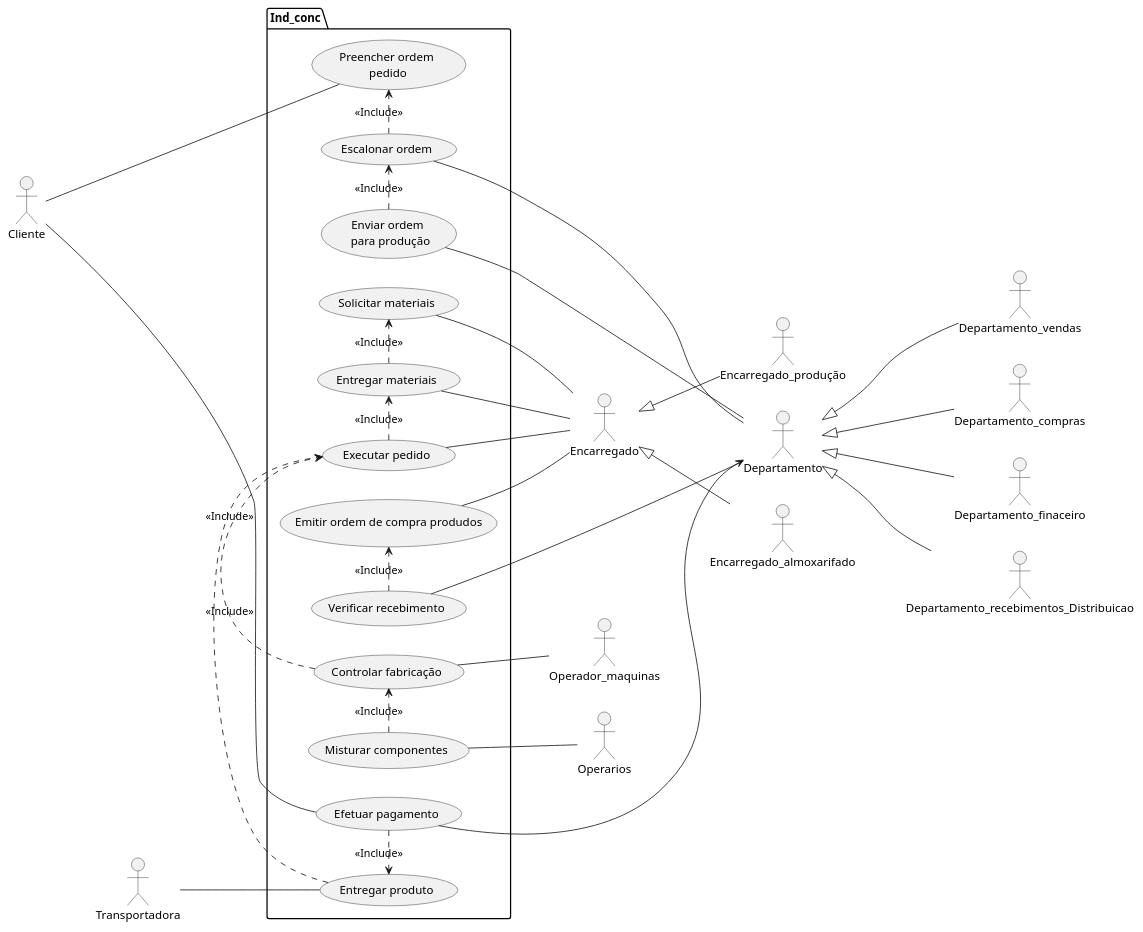
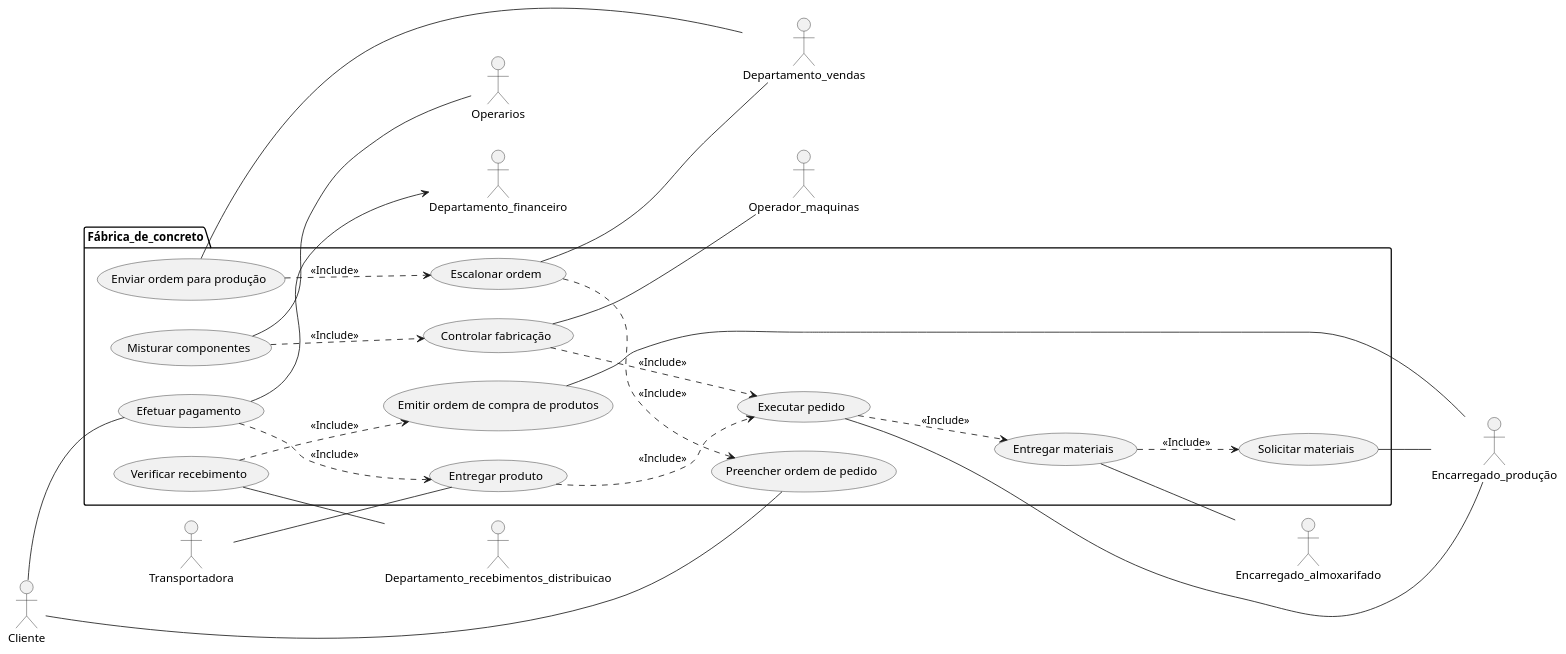
The diagram in projIndConc/src/casos_uso/index.puml (willianBinda/engenharia-2), drawn with PlantUML before and after one commit. The commit also changed 7 other files, not shown here.

```diff
--- a/projIndConc/src/casos_uso/index.puml
+++ b/projIndConc/src/casos_uso/index.puml
@@ -1,64 +1,46 @@
-@startuml Inc_conc
+@startuml projIncConc_usecase
+
 left to right direction
 
 actor Cliente as Cl
-
-actor Departamento_vendas as DpV
-actor Departamento_compras as DpC
-actor Departamento_finaceiro as DpF
-actor Departamento_recebimentos_Distribuicao as DpR 
-' departamento ou setor ?
-actor Encarregado_produção as EnP
-actor Encarregado_almoxarifado as EnA
-
-actor Operador_maquinas as OpM
-actor Operarios as Op
 actor Transportadora as Tr
 
-package Ind_conc{
-  usecase "Preencher ordem\n pedido" as UC1
+package Fábrica_de_concreto {
+  usecase "Preencher ordem de pedido" as UC1
   usecase "Escalonar ordem" as UC2
-  usecase "Enviar ordem \n para produção" as UC3
+  usecase "Enviar ordem para produção" as UC3
   usecase "Solicitar materiais" as UC4
   usecase "Entregar materiais" as UC5
   usecase "Executar pedido" as UC6
   usecase "Controlar fabricação" as UC7
   usecase "Misturar componentes" as UC8
-  usecase "Emitir ordem de compra produdos" as UC9
+  usecase "Emitir ordem de compra de produtos" as UC9
   usecase "Verificar recebimento" as UC10
   usecase "Entregar produto" as UC11
   usecase "Efetuar pagamento" as UC12
 }
 
-Departamento <|-- DpV 
-Departamento <|-- DpC
-Departamento <|-- DpR
-Departamento <|-- DpF
-
-Encarregado <|-- EnP
-Encarregado <|-- EnA
-
 Cl -- UC1
-UC2 -- Departamento
-UC3 -- Departamento
-UC4 -- Encarregado
-UC5 -- Encarregado
-UC6 -- Encarregado
-UC7 -- OpM
-UC8 -- Op
-UC9 -- Encarregado
-UC10 -- Departamento
-Cl --- UC12
+UC2 -- Departamento_vendas
+UC3 -- Departamento_vendas
+UC4 -- Encarregado_produção
+UC5 -- Encarregado_almoxarifado
+UC6 -- Encarregado_produção
+UC7 -- Operador_maquinas
+UC8 -- Operarios
+UC9 -- Encarregado_produção
+UC10 -- Departamento_recebimentos_distribuicao
+Cl -- UC12
 Tr -- UC11
-UC12 ---> Departamento
-UC2 .> UC1 : <<Include>>
-UC3 .> UC2 : <<Include>>
-UC6 .> UC5 : <<Include>>
-UC5 .> UC4 : <<Include>>
-UC7 .> UC6 : <<Include>>
-UC8 .> UC7 : <<Include>>
-UC10 .> UC9 : <<Include>>
-UC11 .> UC6 : <<Include>>
-UC12 .> UC11 : <<Include>>
+UC12 --> Departamento_financeiro
+UC2 ..> UC1 : <<Include>>
+UC3 ..> UC2 : <<Include>>
+UC6 ..> UC5 : <<Include>>
+UC5 ..> UC4 : <<Include>>
+UC7 ..> UC6 : <<Include>>
+UC8 ..> UC7 : <<Include>>
+UC10 ..> UC9 : <<Include>>
+UC11 ..> UC6 : <<Include>>
+UC12 ..> UC11 : <<Include>>
 
 @enduml
```
